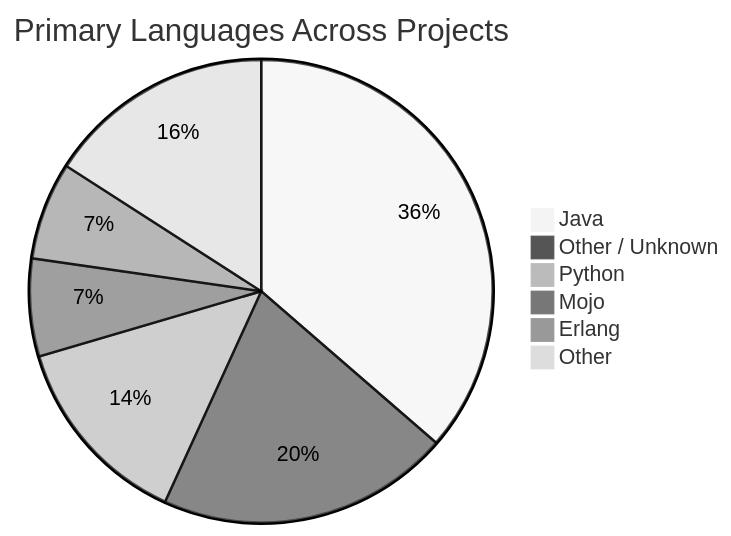
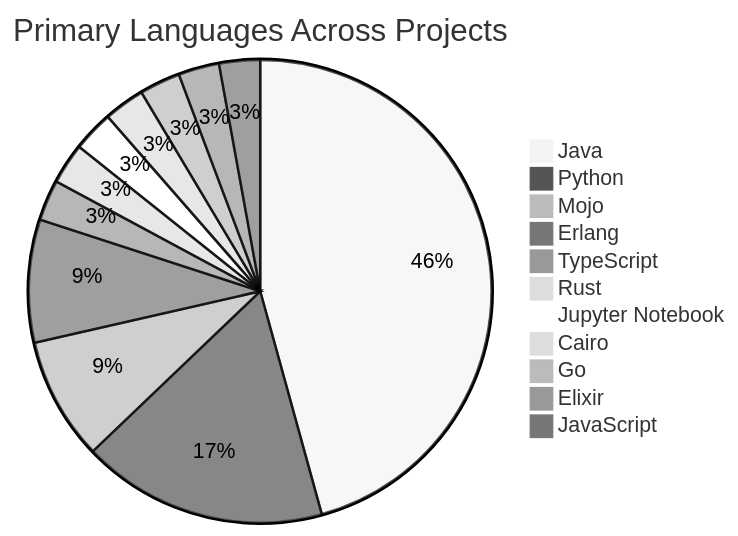
One commit to KathiraveluLab/.github changed the diagram in profile/README.md. Above: the diagram before and after it, drawn with Mermaid (neutral theme). The commit also changed other lines of this file, not shown here.

Commit message:
chore: auto-update project list in README [skip ci]

````diff
--- a/profile/README.md
+++ b/profile/README.md
@@ -61,9 +61,14 @@
 ```mermaid
 pie title Primary Languages Across Projects
     "Java" : 16
-    "Other / Unknown" : 9
     "Python" : 6
     "Mojo" : 3
     "Erlang" : 3
-    "Other" : 7
+    "TypeScript" : 1
+    "Rust" : 1
+    "Jupyter Notebook" : 1
+    "Cairo" : 1
+    "Go" : 1
+    "Elixir" : 1
+    "JavaScript" : 1
 ```
````
